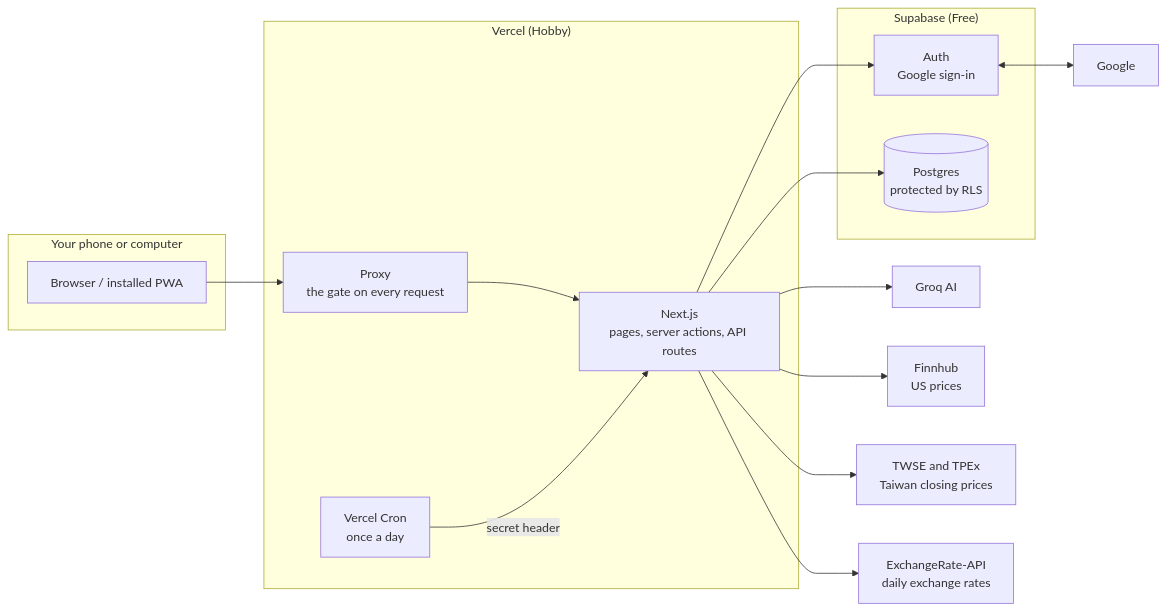
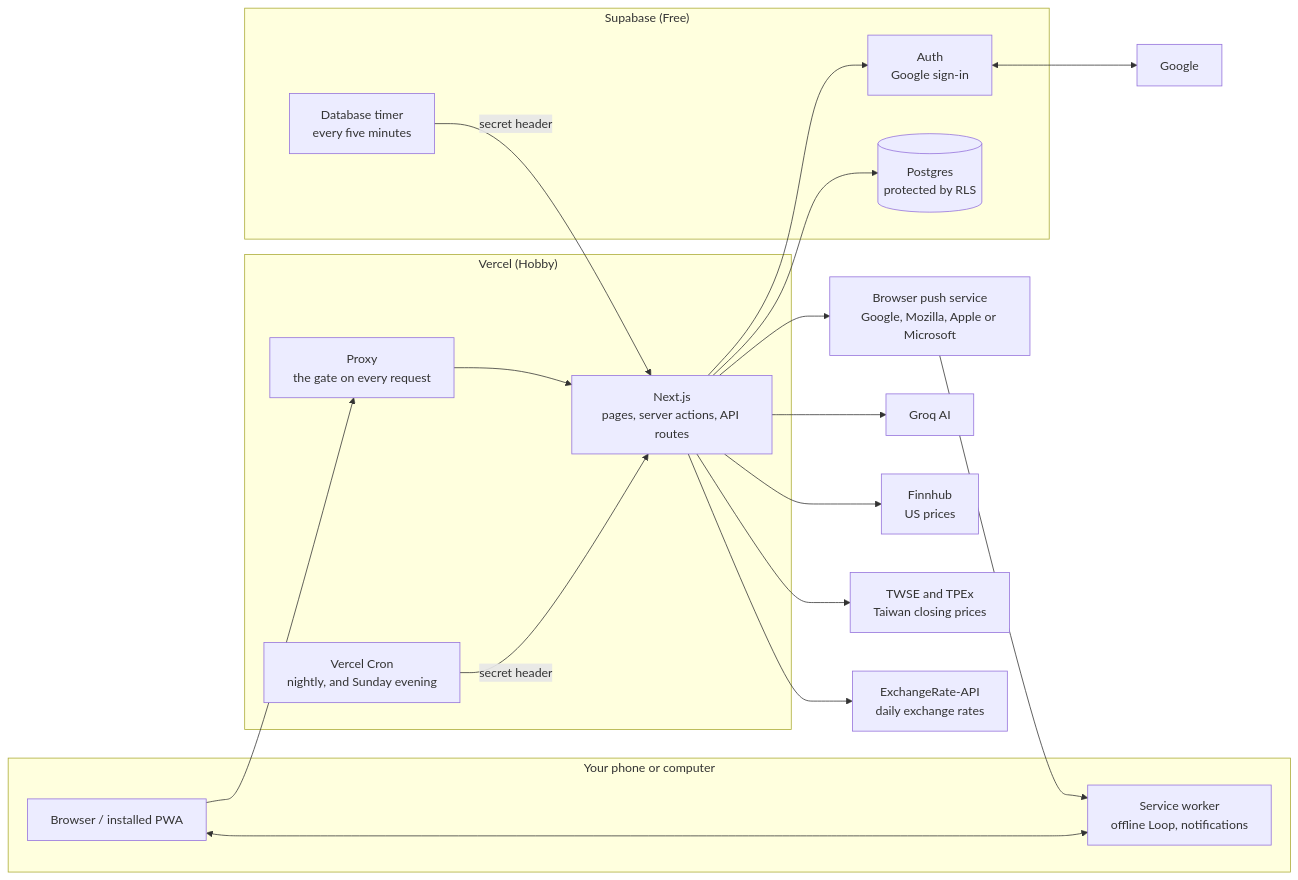
Before and after one commit to Linus7577/MyScheduleManager: the diagram in docs/ARCHITECTURE.md, drawn with Mermaid. The commit also changed other lines of this file and 102 other files, not shown here.

First line of the commit message:
Add Phase 7: rituals, notifications, offline and backup

````diff
--- a/docs/ARCHITECTURE.md
+++ b/docs/ARCHITECTURE.md
@@ -9,33 +9,39 @@
 ```mermaid
 flowchart LR
   subgraph Device["Your phone or computer"]
     PWA["Browser / installed PWA"]
+    SW["Service worker<br/>offline Loop, notifications"]
   end
 
   subgraph Vercel["Vercel (Hobby)"]
     Proxy["Proxy<br/>the gate on every request"]
     App["Next.js<br/>pages, server actions, API routes"]
-    Cron["Vercel Cron<br/>once a day"]
+    Cron["Vercel Cron<br/>nightly, and Sunday evening"]
   end
 
   subgraph Supabase["Supabase (Free)"]
     Auth["Auth<br/>Google sign-in"]
     DB[("Postgres<br/>protected by RLS")]
+    Timer["Database timer<br/>every five minutes"]
   end
 
   Google["Google"]
   Groq["Groq AI"]
+  Push["Browser push service<br/>Google, Mozilla, Apple or Microsoft"]
   Finnhub["Finnhub<br/>US prices"]
   TW["TWSE and TPEx<br/>Taiwan closing prices"]
   FX["ExchangeRate-API<br/>daily exchange rates"]
 
   PWA --> Proxy --> App
   App --> Auth
   App --> DB
   Auth <--> Google
   Cron -->|"secret header"| App
+  Timer -->|"secret header"| App
+  App --> Push --> SW
+  PWA <--> SW
   App --> Groq
   App --> Finnhub
   App --> TW
   App --> FX
 ```
````
